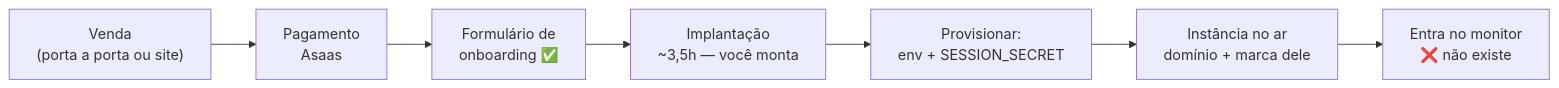
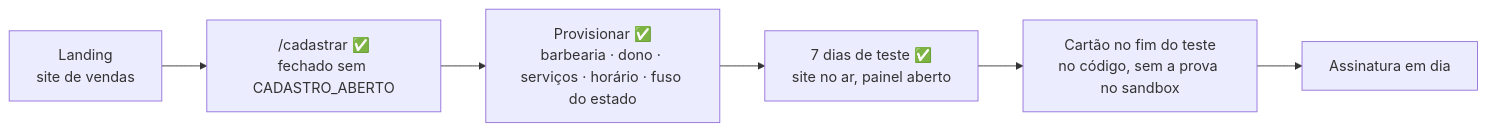
Before and after one commit to Alexandfdes/Barbearia: the second of 2 diagrams in docs/ARQUITETURA-PRODUCAO.md, drawn with Mermaid. The commit also changed other lines of this file and 9 other files, not shown here.

````diff
--- a/docs/ARQUITETURA-PRODUCAO.md
+++ b/docs/ARQUITETURA-PRODUCAO.md
@@ -106,9 +129,8 @@
 ```mermaid
 flowchart LR
-    V["Venda<br/>(porta a porta ou site)"] --> PG["Pagamento<br/>Asaas"]
-    PG --> F["Formulário de<br/>onboarding ✅"]
-    F --> M["Implantação<br/>~3,5h — você monta"]
-    M --> PR["Provisionar:<br/>env + SESSION_SECRET"]
-    PR --> AR["Instância no ar<br/>domínio + marca dele"]
-    AR --> MON["Entra no monitor<br/>❌ não existe"]
+    L["Landing<br/>site de vendas"] --> C["/cadastrar ✅<br/>fechado sem CADASTRO_ABERTO"]
+    C --> P["Provisionar ✅<br/>barbearia · dono · serviços · horário · fuso do estado"]
+    P --> T["7 dias de teste ✅<br/>site no ar, painel aberto"]
+    T --> K["Cartão no fim do teste<br/>no código, sem a prova no sandbox"]
+    K --> A["Assinatura em dia"]
 ```
````
